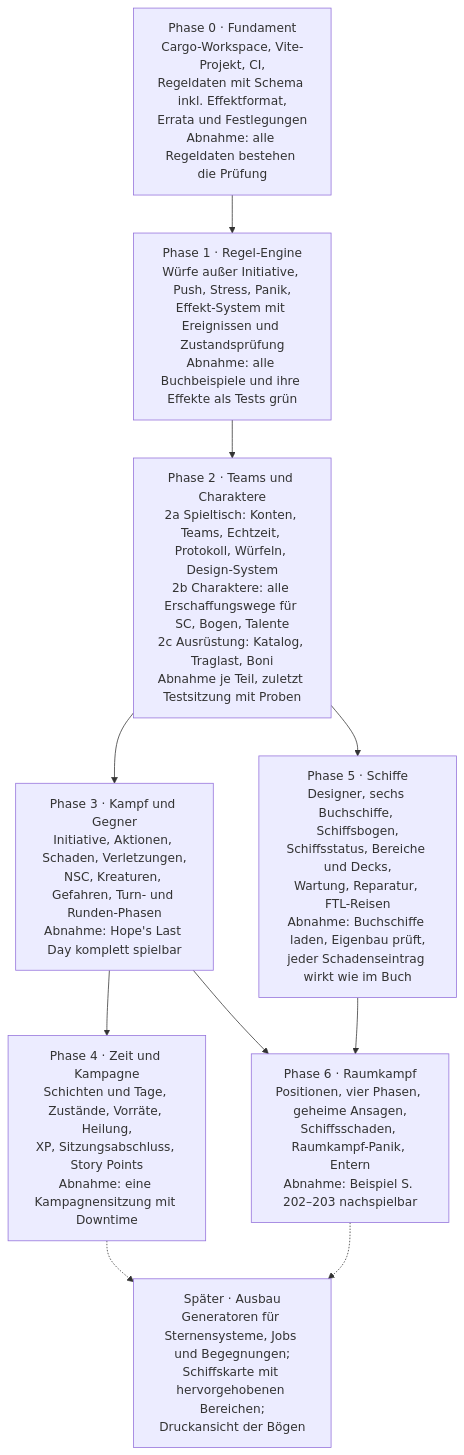
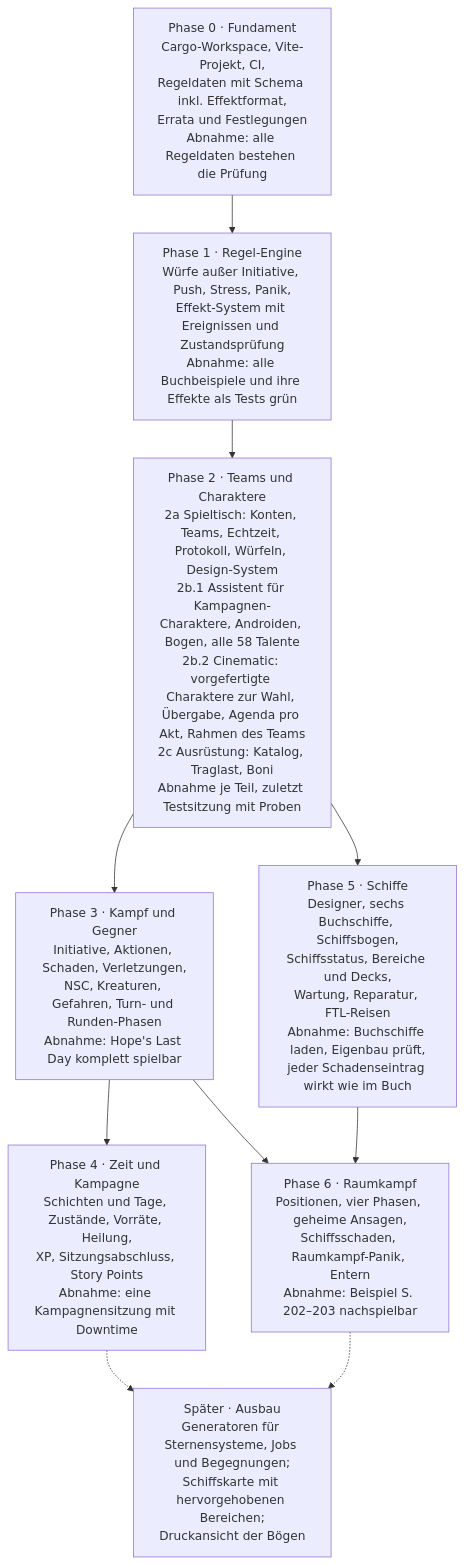
One commit to peddn/xenoforge changed the third of 3 diagrams in docs/PLAN.md. Above: the diagram before and after it, drawn with Mermaid. The commit also changed other lines of this file and 4 other files, not shown here.

First line of the commit message:
Plan 2b: Assistent, Übergabe, Talente; Festlegungen F-50 bis F-55, A-09 bis A-11

````diff
--- a/docs/PLAN.md
+++ b/docs/PLAN.md
@@ -758,16 +758,16 @@
 ```mermaid
 flowchart TD
     p0["Phase 0 · Fundament<br/>Cargo-Workspace, Vite-Projekt, CI,<br/>Regeldaten mit Schema inkl. Effektformat,<br/>Errata und Festlegungen<br/>Abnahme: alle Regeldaten bestehen die Prüfung"]
     p1["Phase 1 · Regel-Engine<br/>Würfe außer Initiative, Push, Stress, Panik,<br/>Effekt-System mit Ereignissen und Zustandsprüfung<br/>Abnahme: alle Buchbeispiele und ihre Effekte als Tests grün"]
-    p2["Phase 2 · Teams und Charaktere<br/>2a Spieltisch: Konten, Teams, Echtzeit, Protokoll, Würfeln, Design-System<br/>2b Charaktere: alle Erschaffungswege für SC, Bogen, Talente<br/>2c Ausrüstung: Katalog, Traglast, Boni<br/>Abnahme je Teil, zuletzt Testsitzung mit Proben"]
+    p2["Phase 2 · Teams und Charaktere<br/>2a Spieltisch: Konten, Teams, Echtzeit, Protokoll, Würfeln, Design-System<br/>2b.1 Assistent für Kampagnen-Charaktere, Androiden, Bogen, alle 58 Talente<br/>2b.2 Cinematic: vorgefertigte Charaktere zur Wahl, Übergabe, Agenda pro Akt, Rahmen des Teams<br/>2c Ausrüstung: Katalog, Traglast, Boni<br/>Abnahme je Teil, zuletzt Testsitzung mit Proben"]
     p3["Phase 3 · Kampf und Gegner<br/>Initiative, Aktionen, Schaden, Verletzungen,<br/>NSC, Kreaturen, Gefahren, Turn- und Runden-Phasen<br/>Abnahme: Hope's Last Day komplett spielbar"]
     p4["Phase 4 · Zeit und Kampagne<br/>Schichten und Tage, Zustände, Vorräte, Heilung,<br/>XP, Sitzungsabschluss, Story Points<br/>Abnahme: eine Kampagnensitzung mit Downtime"]
     p5["Phase 5 · Schiffe<br/>Designer, sechs Buchschiffe, Schiffsbogen,<br/>Schiffsstatus, Bereiche und Decks,<br/>Wartung, Reparatur, FTL-Reisen<br/>Abnahme: Buchschiffe laden, Eigenbau prüft,<br/>jeder Schadenseintrag wirkt wie im Buch"]
     p6["Phase 6 · Raumkampf<br/>Positionen, vier Phasen, geheime Ansagen,<br/>Schiffsschaden, Raumkampf-Panik, Entern<br/>Abnahme: Beispiel S. 202–203 nachspielbar"]
     p7["Später · Ausbau<br/>Generatoren für Sternensysteme, Jobs und Begegnungen;<br/>Schiffskarte mit hervorgehobenen Bereichen;<br/>Druckansicht der Bögen"]
     p0 --> p1 --> p2 --> p3 --> p4
     p2 --> p5 --> p6
     p3 --> p6
     p4 -.-> p7
     p6 -.-> p7
 ```
````
